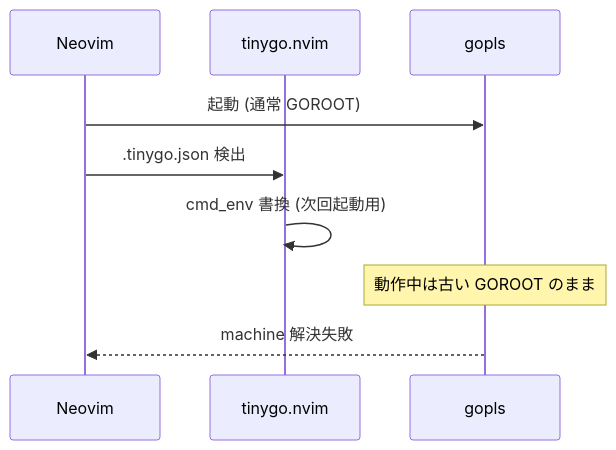
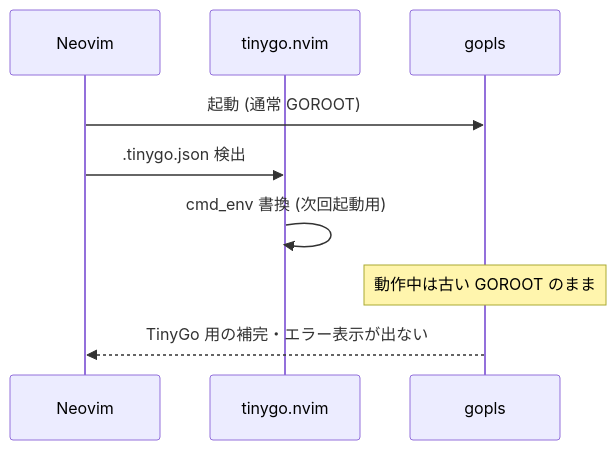
One commit to rin2yh/blog changed the first of 2 diagrams in content/post/tinygo-vim-migration-zqvk3n8dxr4jm7/index.md. Above: the diagram before and after it, drawn with Mermaid. The commit also changed other lines of this file, not shown here.

Commit message:
Reword diagram outcome to cover TinyGo completions broadly
Claude-Session: https://claude.ai/code/session_01MpL4ZtCkUDDxdAGqEHUMUP

````diff
--- a/content/post/tinygo-vim-migration-zqvk3n8dxr4jm7/index.md
+++ b/content/post/tinygo-vim-migration-zqvk3n8dxr4jm7/index.md
@@ -85,11 +85,11 @@
 ```mermaid
 sequenceDiagram
     participant Nvim as Neovim
     participant Plugin as tinygo.nvim
     participant Gopls as gopls
     Nvim->>Gopls: 起動 (通常 GOROOT)
     Nvim->>Plugin: .tinygo.json 検出
     Plugin->>Plugin: cmd_env 書換 (次回起動用)
     Note over Gopls: 動作中は古い GOROOT のまま
-    Gopls-->>Nvim: machine 解決失敗
+    Gopls-->>Nvim: TinyGo 用の補完・エラー表示が出ない
 ```
````
